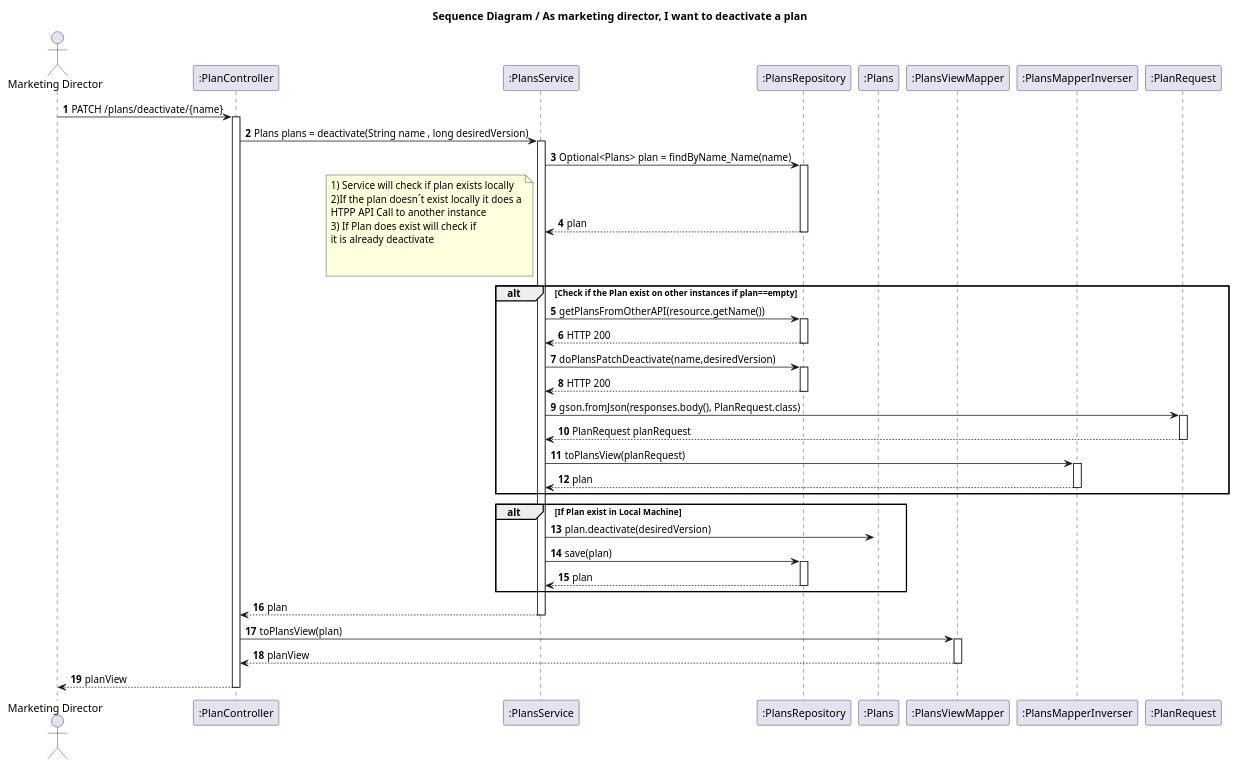
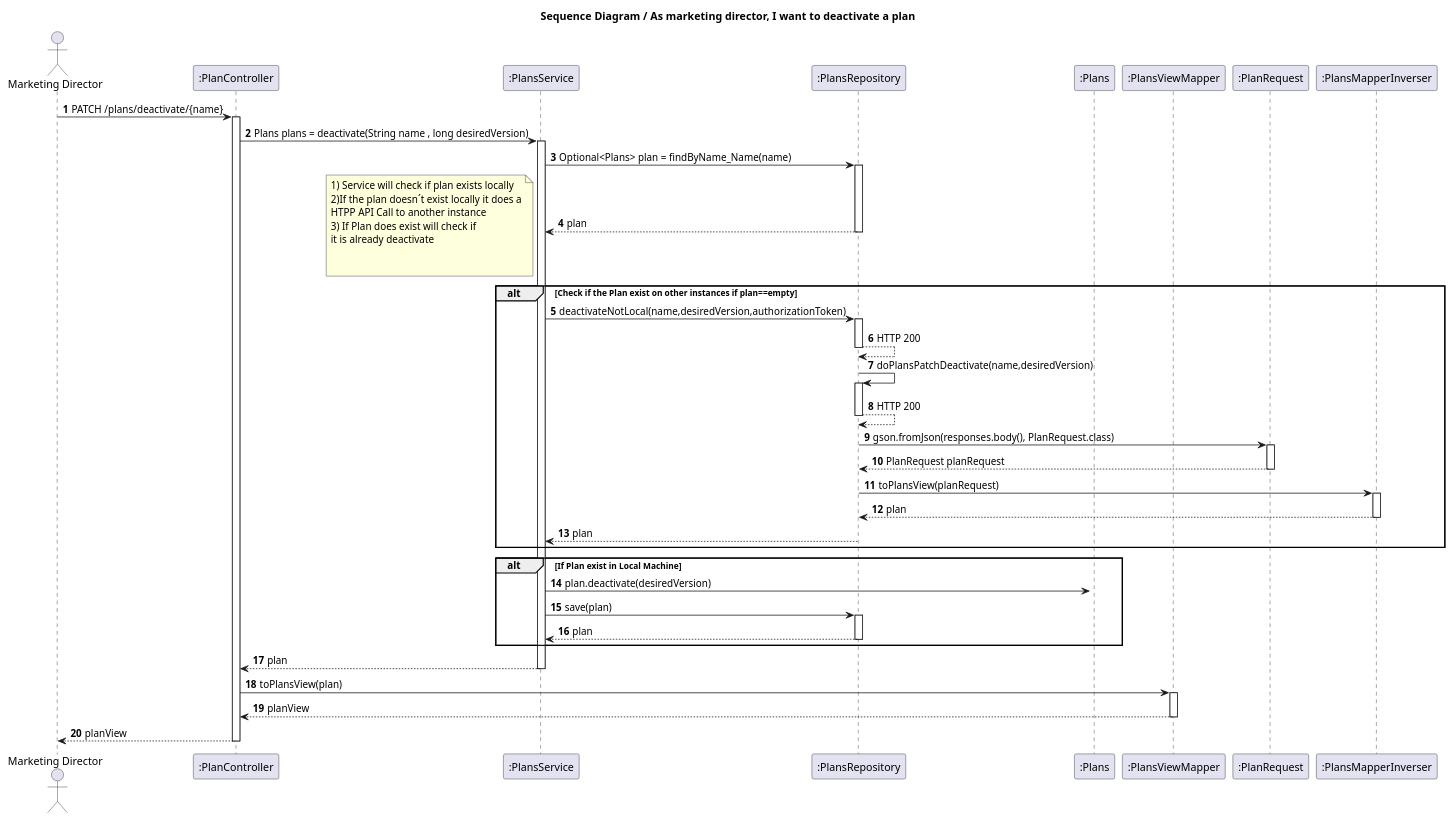
One commit to IsepMartimOliveira/SIDIS changed the diagram in docs_sidis/Plans/WP#1A/US02/SD.puml. Above: the diagram before and after it, drawn with PlantUML. The commit also changed 15 other files, not shown here.

Commit message:
Plans docs,repo changes

```diff
--- a/docs_sidis/Plans/WP#1A/US02/SD.puml
+++ b/docs_sidis/Plans/WP#1A/US02/SD.puml
@@ -1,60 +1,61 @@
 @startuml
 'https://plantuml.com/sequence-diagram
 autoactivate on
 autonumber
 title Sequence Diagram / As marketing director, I want to deactivate a plan
 
 autonumber
 
 actor "Marketing Director" as Ac
 participant ":PlanController" as Ctrl
 participant ":PlansService" as Serv
 participant ":PlansRepository" as Repo
 participant ":Plans" as Plans
 participant ":PlansViewMapper" as View
+participant ":PlanRequest" as Request
 
 participant ":PlansMapperInverser" as ViewInverser
-participant ":PlanRequest" as Request
 
 
 Ac -> Ctrl : PATCH /plans/deactivate/{name}
 Ctrl -> Serv :Plans plans = deactivate(String name , long desiredVersion)
 Serv -> Repo :Optional<Plans> plan = findByName_Name(name)
 Repo --> Serv : plan
 note left
 1) Service will check if plan exists locally
 2)If the plan doesn´t exist locally it does a
 HTPP API Call to another instance
 3) If Plan does exist will check if
 it is already deactivate
 
 
 end note
 alt Check if the Plan exist on other instances if plan==empty
-Serv->Repo:getPlansFromOtherAPI(resource.getName())
-Repo-->Serv: HTTP 200
+Serv->Repo:deactivateNotLocal(name,desiredVersion,authorizationToken)
+Repo-->Repo: HTTP 200
 
-Serv->Repo:doPlansPatchDeactivate(name,desiredVersion)
-Repo-->Serv: HTTP 200
-Serv -> Request :  gson.fromJson(responses.body(), PlanRequest.class)
-Request-->Serv:PlanRequest planRequest
-Serv -> ViewInverser : toPlansView(planRequest)
-ViewInverser -->Serv: plan
+Repo->Repo:doPlansPatchDeactivate(name,desiredVersion)
+Repo-->Repo: HTTP 200
+Repo -> Request :  gson.fromJson(responses.body(), PlanRequest.class)
+Request-->Repo:PlanRequest planRequest
+Repo -> ViewInverser : toPlansView(planRequest)
+ViewInverser -->Repo: plan
+Repo-->Serv:plan
 end
 
 deactivate Plans
 alt If Plan exist in Local Machine
 
 Serv -> Plans: plan.deactivate(desiredVersion)
 
 
 Serv -> Repo: save(plan)
 Repo --> Serv: plan
 end
 Serv --> Ctrl: plan
 Ctrl ->View: toPlansView(plan)
 View -->Ctrl: planView
 
 Ac <-- Ctrl : planView
 
 @enduml
```
